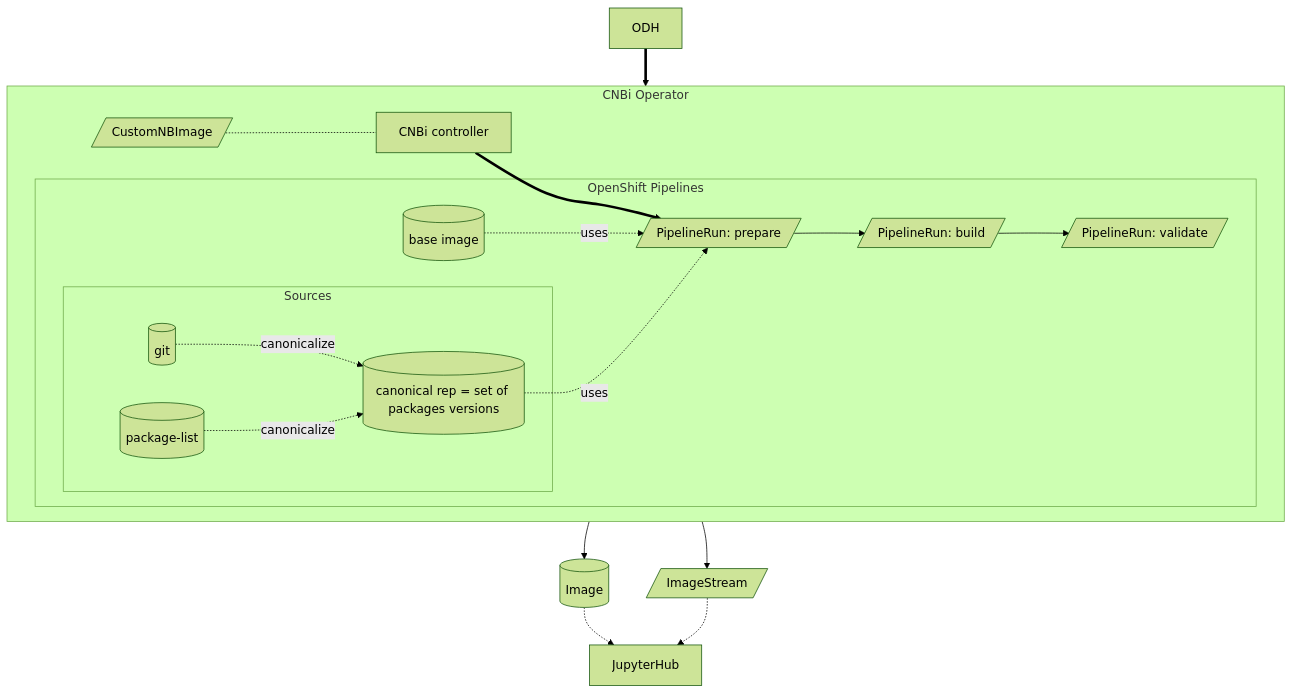
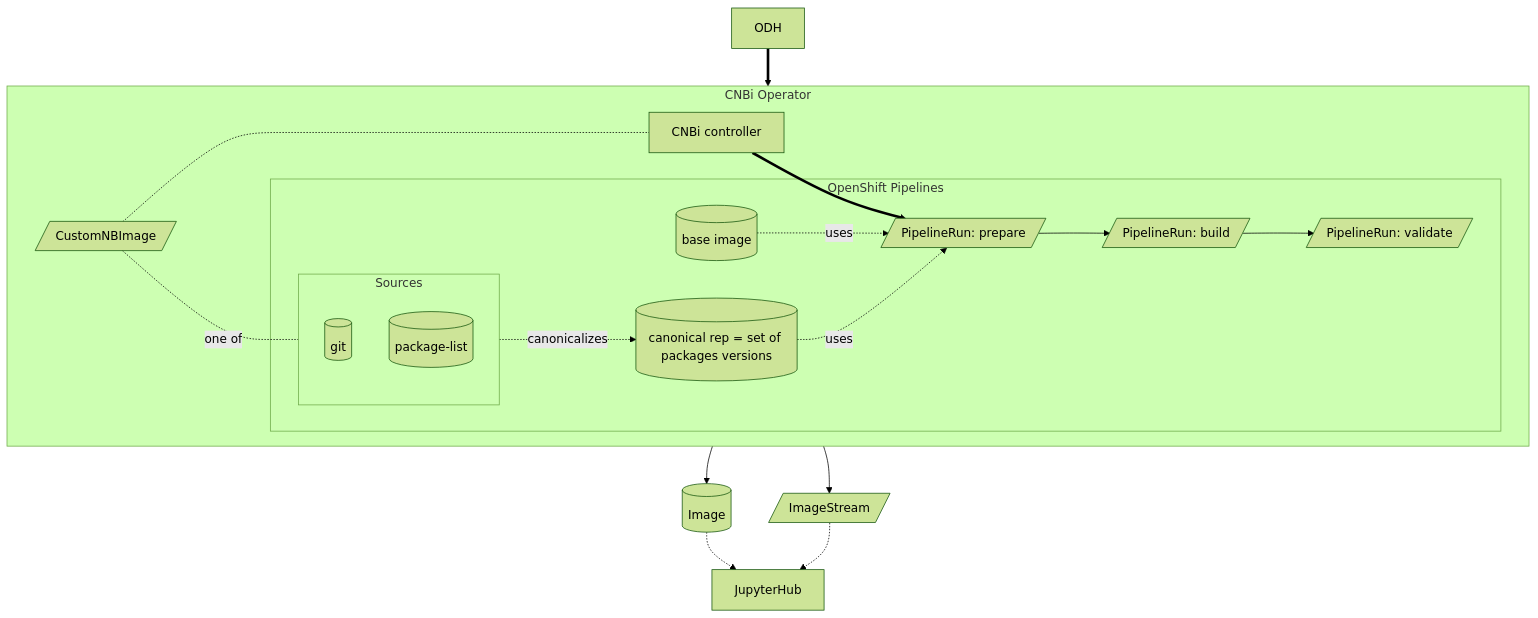
The second of 6 diagrams in README.md (thoth-station/opendatahub-cnbi), drawn with Mermaid (forest theme) before and after one commit.

Commit message:
rearrange

````diff
--- a/README.md
+++ b/README.md
@@ -64,17 +64,19 @@
 ```mermaid
 flowchart TB
     O[ODH] ==> CR[/CustomNBImage/]
     subgraph CNBi Operator
         direction LR
         CR -.- C[CNBi controller] ==> PRprepare[/PipelineRun: prepare/]
+        subgraph Sources
+            S[(git)] & p[(package-list)]
+        end
+        CR -.one of.-Sources
         subgraph OpenShift Pipelines
-            subgraph Sources
-                S[(git)] & p[(package-list)] -.canonicalize.-> Crep
-            end
+            Sources -.canonicalizes.-> Crep
             B[(base image)] & Crep[(canonical rep = set of packages versions)] -.uses.-> PRprepare
             PRprepare --> PRbuild[/PipelineRun: build/]
             PRbuild --> PRvalidate[/PipelineRun: validate/]
         end
     end
     PRvalidate --> I[(Image)] & IS[/ImageStream/] -.-> JH[JupyterHub]
 ```
````
